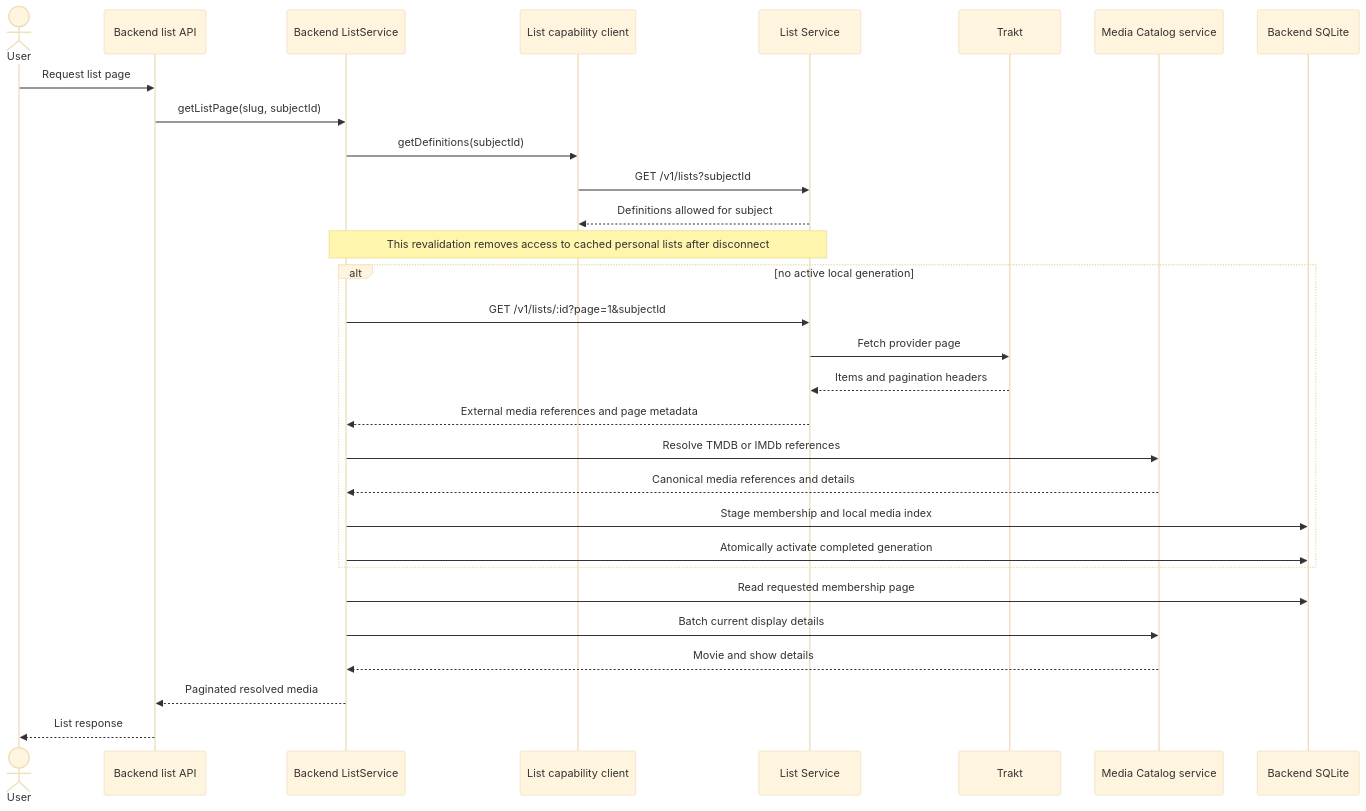
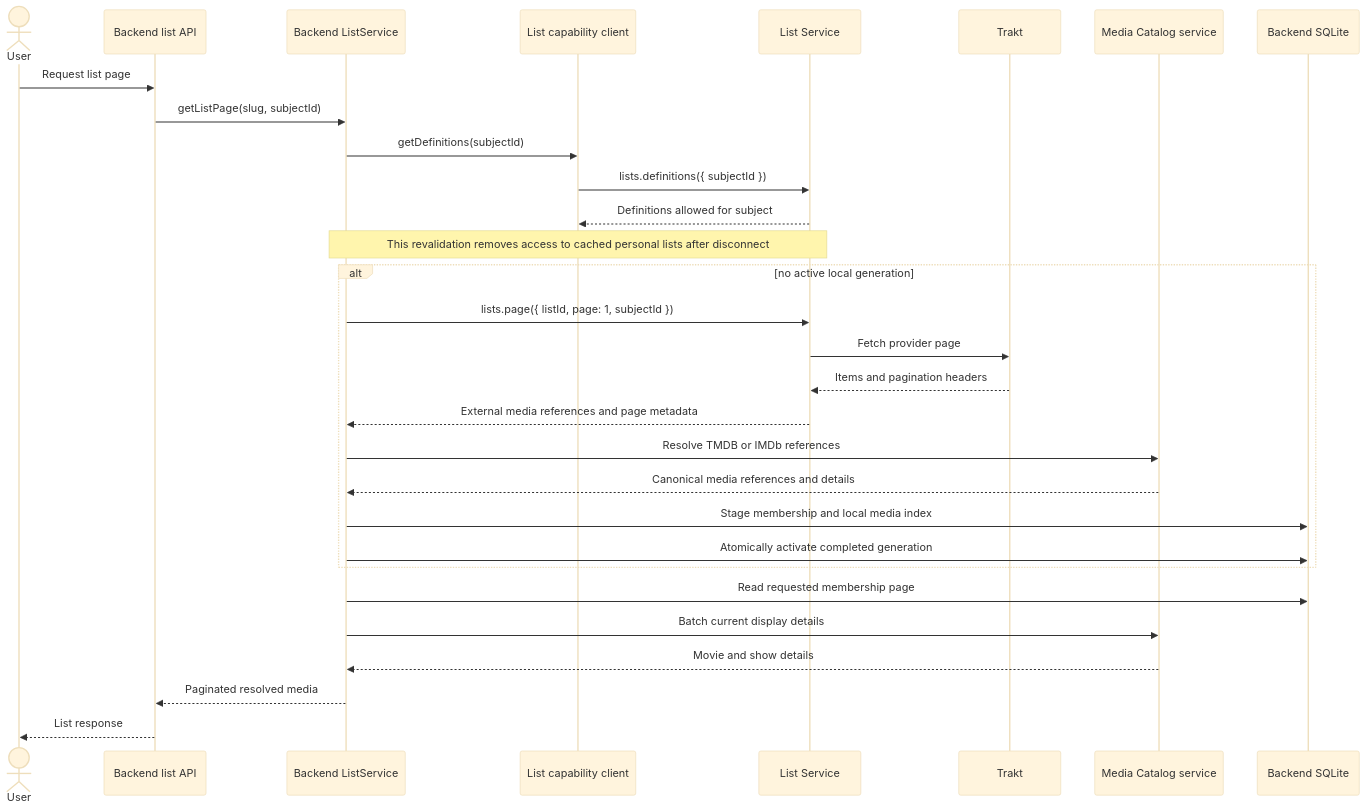
The third of 8 diagrams in docs/architecture/diagrams.md (maury91/miauflix), drawn with Mermaid (base theme) before and after one commit. The commit also changed other lines of this file and 85 other files, not shown here.

````diff
--- a/docs/architecture/diagrams.md
+++ b/docs/architecture/diagrams.md
@@ -93,35 +93,35 @@
 ```mermaid
 sequenceDiagram
   actor User
   participant API as Backend list API
   participant Projection as Backend ListService
   participant ListClient as List capability client
   participant Lists as List Service
   participant Trakt
   participant Catalog as Media Catalog service
   participant BackendDB as Backend SQLite
 
   User->>API: Request list page
   API->>Projection: getListPage(slug, subjectId)
   Projection->>ListClient: getDefinitions(subjectId)
-  ListClient->>Lists: GET /v1/lists?subjectId
+  ListClient->>Lists: lists.definitions({ subjectId })
   Lists-->>ListClient: Definitions allowed for subject
   Note over Projection,Lists: This revalidation removes access to cached personal lists after disconnect
 
   alt no active local generation
-    Projection->>Lists: GET /v1/lists/:id?page=1&subjectId
+    Projection->>Lists: lists.page({ listId, page: 1, subjectId })
     Lists->>Trakt: Fetch provider page
     Trakt-->>Lists: Items and pagination headers
     Lists-->>Projection: External media references and page metadata
     Projection->>Catalog: Resolve TMDB or IMDb references
     Catalog-->>Projection: Canonical media references and details
     Projection->>BackendDB: Stage membership and local media index
     Projection->>BackendDB: Atomically activate completed generation
   end
 
   Projection->>BackendDB: Read requested membership page
   Projection->>Catalog: Batch current display details
   Catalog-->>Projection: Movie and show details
   Projection-->>API: Paginated resolved media
   API-->>User: List response
 ```
````
